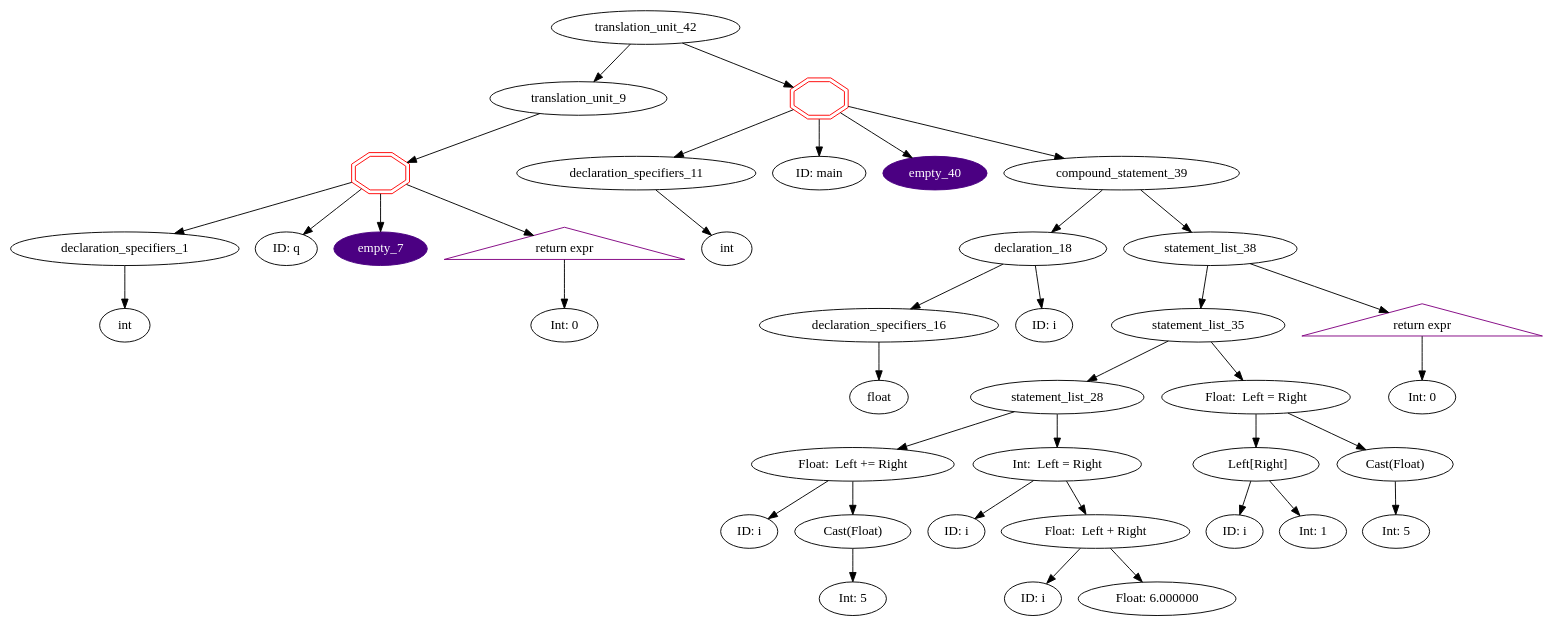
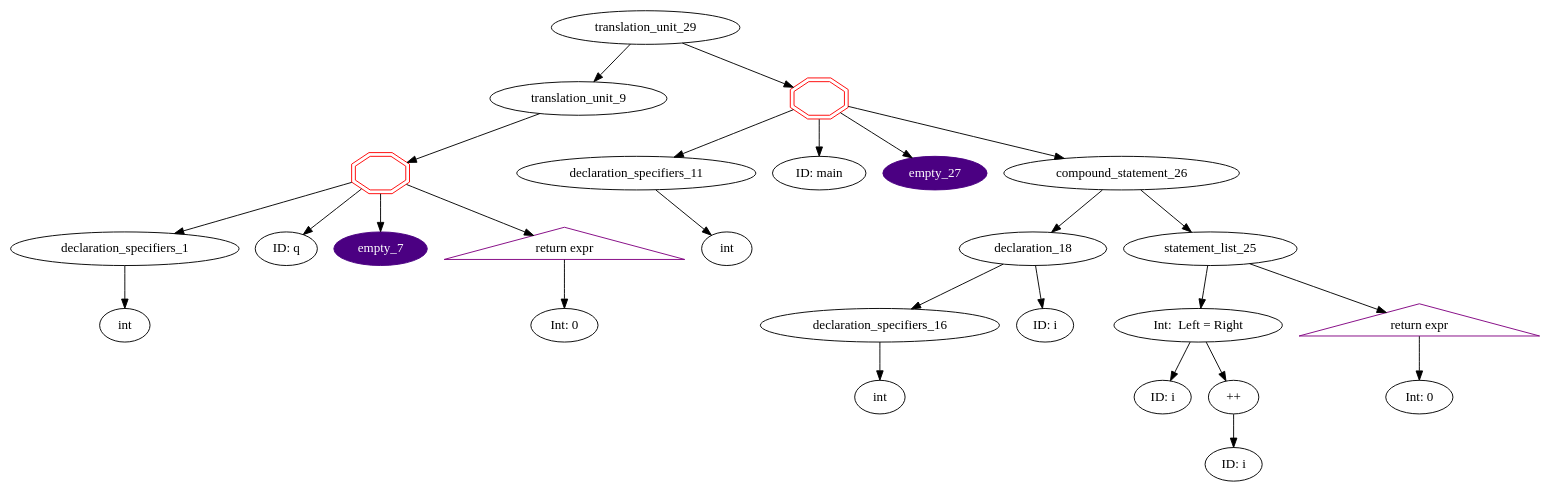
One commit to ahpalmerUNR/c_compiler changed the diagram in graphs/default.gv. Above: the diagram before and after it, drawn with Graphviz. The commit also changed 3 other files, not shown here.

```diff
--- a/graphs/default.gv
+++ b/graphs/default.gv
@@ -1,73 +1,49 @@
 digraph AST {
-	translation_unit_42 -> translation_unit_9;
+	translation_unit_29 -> translation_unit_9;
 	translation_unit_9 -> function_definition_8;
 	function_definition_8 [shape=doubleoctagon,color=red,label=""]
 	function_definition_8 -> declaration_specifiers_1;
 	declaration_specifiers_1 [label="declaration_specifiers_1"]
 	declaration_specifiers_1 -> type_specifier_0;
 	type_specifier_0 [label="int"]
 	function_definition_8 -> identifier_2;
 	identifier_2 [label="ID: q"]
 	function_definition_8 -> empty_7;
 	empty_7 [style=filled,color=indigo,fontcolor=white]
 	function_definition_8 -> jump_statement_6;
 	jump_statement_6 [shape = triangle,color=purple,label="return expr"]
 	jump_statement_6 -> constant_5;
 	constant_5 [label="Int: 0"]
-	translation_unit_42 -> function_definition_41;
-	function_definition_41 [shape=doubleoctagon,color=red,label=""]
-	function_definition_41 -> declaration_specifiers_11;
+	translation_unit_29 -> function_definition_28;
+	function_definition_28 [shape=doubleoctagon,color=red,label=""]
+	function_definition_28 -> declaration_specifiers_11;
 	declaration_specifiers_11 [label="declaration_specifiers_11"]
 	declaration_specifiers_11 -> type_specifier_10;
 	type_specifier_10 [label="int"]
-	function_definition_41 -> identifier_12;
+	function_definition_28 -> identifier_12;
 	identifier_12 [label="ID: main"]
-	function_definition_41 -> empty_40;
-	empty_40 [style=filled,color=indigo,fontcolor=white]
-	function_definition_41 -> compound_statement_39;
-	compound_statement_39 -> declaration_18;
+	function_definition_28 -> empty_27;
+	empty_27 [style=filled,color=indigo,fontcolor=white]
+	function_definition_28 -> compound_statement_26;
+	compound_statement_26 -> declaration_18;
 	declaration_18 [label="declaration_18"]
 	declaration_18 -> declaration_specifiers_16;
 	declaration_specifiers_16 [label="declaration_specifiers_16"]
 	declaration_specifiers_16 -> type_specifier_15;
-	type_specifier_15 [label="float"]
+	type_specifier_15 [label="int"]
 	declaration_18 -> identifier_17;
 	identifier_17 [label="ID: i"]
-	compound_statement_39 -> statement_list_38;
-	statement_list_38 -> statement_list_35;
-	statement_list_35 -> statement_list_28;
-	statement_list_28 -> assignment_expression_21;
-	assignment_expression_21 [label="Float:  Left += Right"]
-	assignment_expression_21 -> identifier_19;
+	compound_statement_26 -> statement_list_25;
+	statement_list_25 -> assignment_expression_22;
+	assignment_expression_22 [label="Int:  Left = Right"]
+	assignment_expression_22 -> identifier_19;
 	identifier_19 [label="ID: i"]
-	assignment_expression_21 -> Implicit_Cast_22;
-	Implicit_Cast_22 [label="Cast(Float)"]
-	Implicit_Cast_22 -> constant_20;
-	constant_20 [label="Int: 5"]
-	statement_list_28 -> assignment_expression_27;
-	assignment_expression_27 [label="Int:  Left = Right"]
-	assignment_expression_27 -> identifier_23;
-	identifier_23 [label="ID: i"]
-	assignment_expression_27 -> operator_expression_26;
-	operator_expression_26 [label="Float:  Left + Right"]
-	operator_expression_26 -> identifier_24;
-	identifier_24 [label="ID: i"]
-	operator_expression_26 -> constant_25;
-	constant_25 [label="Float: 6.000000"]
-	statement_list_35 -> assignment_expression_33;
-	assignment_expression_33 [label="Float:  Left = Right"]
-	assignment_expression_33 -> postfix_expression_31;
-	postfix_expression_31 [label="  Left[Right]"]
-	postfix_expression_31 -> identifier_29;
-	identifier_29 [label="ID: i"]
-	postfix_expression_31 -> constant_30;
-	constant_30 [label="Int: 1"]
-	assignment_expression_33 -> Implicit_Cast_34;
-	Implicit_Cast_34 [label="Cast(Float)"]
-	Implicit_Cast_34 -> constant_32;
-	constant_32 [label="Int: 5"]
-	statement_list_38 -> jump_statement_37;
-	jump_statement_37 [shape = triangle,color=purple,label="return expr"]
-	jump_statement_37 -> constant_36;
-	constant_36 [label="Int: 0"]
+	assignment_expression_22 -> unary_expression_21;
+	unary_expression_21 [label="++"]
+	unary_expression_21 -> identifier_20;
+	identifier_20 [label="ID: i"]
+	statement_list_25 -> jump_statement_24;
+	jump_statement_24 [shape = triangle,color=purple,label="return expr"]
+	jump_statement_24 -> constant_23;
+	constant_23 [label="Int: 0"]
 }
```
